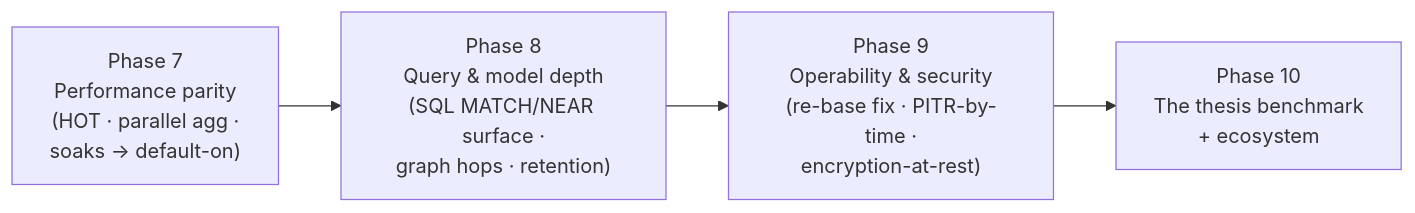
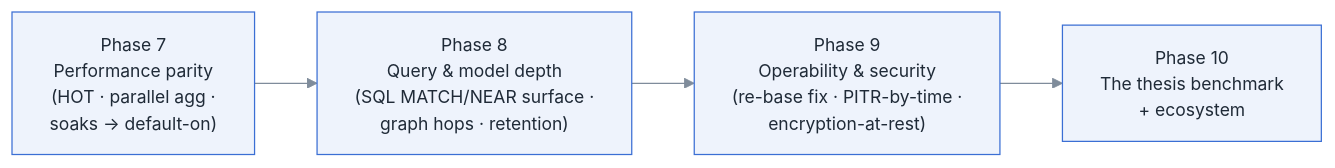
The diagram in docs/design/processing-engines/12_future_roadmap.md (sagarm85/unidb), drawn with Mermaid before and after one commit. The commit also changed 17 other files, not shown here.

First line of the commit message:
docs(design): engineer-facing Design & Architecture PDF + shared mermaid theme

````diff
--- a/docs/design/processing-engines/12_future_roadmap.md
+++ b/docs/design/processing-engines/12_future_roadmap.md
@@ -49,8 +49,9 @@
 ```mermaid
+%%{init: {"theme":"base","themeVariables":{"primaryColor":"#eef3fc","primaryTextColor":"#1f2a37","primaryBorderColor":"#3b6fd4","lineColor":"#7f8c9b","secondaryColor":"#eef7f1","secondaryBorderColor":"#2f9e5f","tertiaryColor":"#fdf5e8","tertiaryBorderColor":"#d98b1f","fontFamily":"Segoe UI, Arial, sans-serif","fontSize":"14px","clusterBkg":"#f7fafc","clusterBorder":"#dce4ec"}}}%%
 flowchart LR
     P7["Phase 7<br/>Performance parity<br/>(HOT · parallel agg ·<br/>soaks → default-on)"]
     P8["Phase 8<br/>Query & model depth<br/>(SQL MATCH/NEAR surface ·<br/>graph hops · retention)"]
     P9["Phase 9<br/>Operability & security<br/>(re-base fix · PITR-by-time ·<br/>encryption-at-rest)"]
     P10["Phase 10<br/>The thesis benchmark<br/>+ ecosystem"]
     P7 --> P8 --> P9 --> P10
 ```
````
